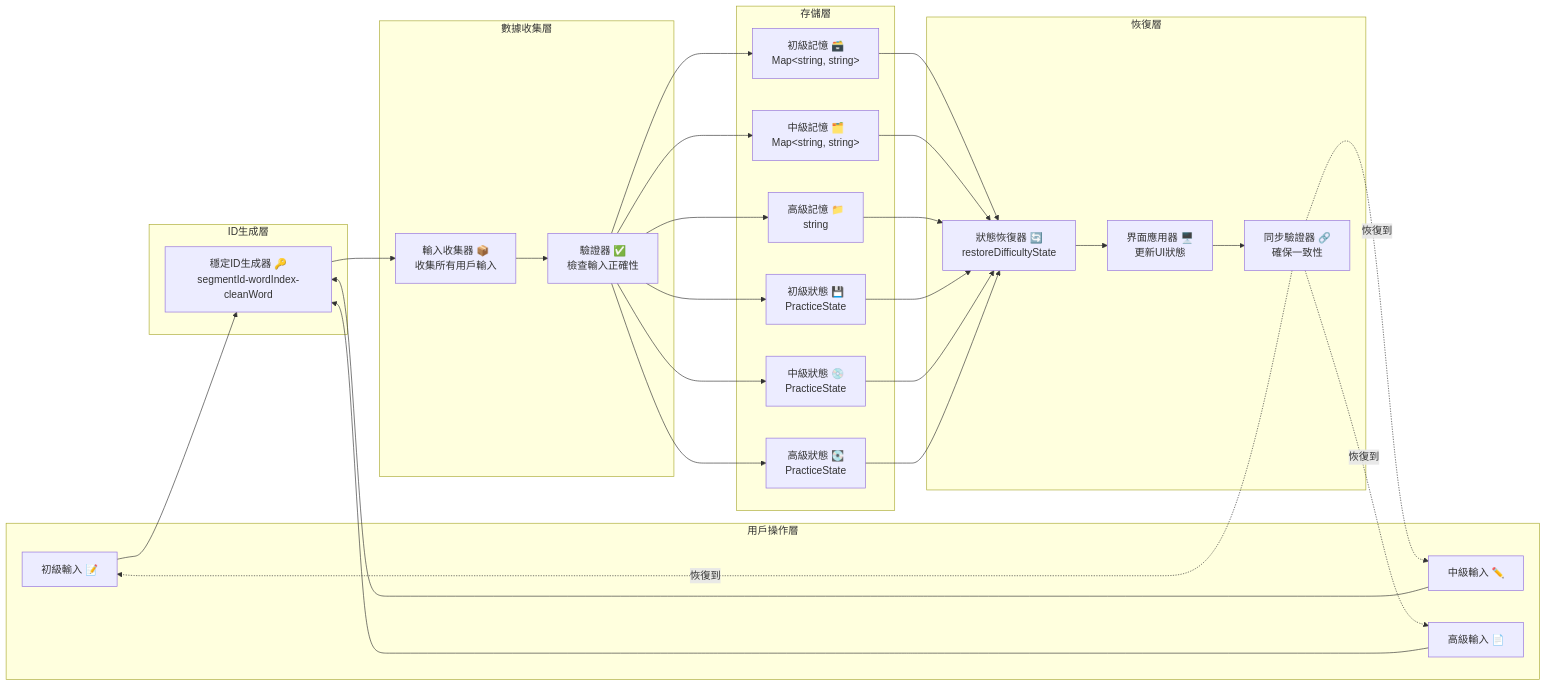
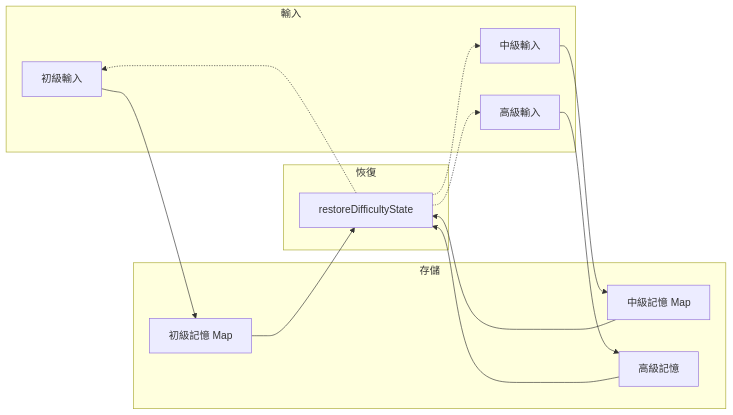
One commit to crazycjh/language-learning-transcribe changed the third of 3 diagrams in docs/DICTATION_COMPONENTS_DIAGRAM.md. Above: the diagram before and after it, drawn with Mermaid. The commit also changed other lines of this file and 7 other files, not shown here.

````diff
--- a/docs/DICTATION_COMPONENTS_DIAGRAM.md
+++ b/docs/DICTATION_COMPONENTS_DIAGRAM.md
@@ -271,60 +115,30 @@
 ```mermaid
 graph LR
-    subgraph "用戶操作層"
-        I1[初級輸入 📝]
-        I2[中級輸入 ✏️]
-        I3[高級輸入 📄]
+    subgraph "輸入"
+        I1[初級輸入]
+        I2[中級輸入]
+        I3[高級輸入]
     end
     
-    subgraph "ID生成層"
-        GEN[穩定ID生成器 🔑<br/>segmentId-wordIndex-cleanWord]
+    subgraph "存儲"
+        M1[初級記憶 Map]
+        M2[中級記憶 Map]
+        M3[高級記憶]
     end
     
-    subgraph "數據收集層"
-        COL[輸入收集器 📦<br/>收集所有用戶輸入]
-        VAL[驗證器 ✅<br/>檢查輸入正確性]
+    subgraph "恢復"
+        REST[restoreDifficultyState]
     end
     
-    subgraph "存儲層"
-        M1["初級記憶 🗃️<br/>Map&lt;string, string&gt;"]
-        M2["中級記憶 🗂️<br/>Map&lt;string, string&gt;"]
-        M3[高級記憶 📁<br/>string]
-        S1[初級狀態 💾<br/>PracticeState]
-        S2[中級狀態 💿<br/>PracticeState]
-        S3[高級狀態 💽<br/>PracticeState]
-    end
-    
-    subgraph "恢復層"
-        REST[狀態恢復器 🔄<br/>restoreDifficultyState]
-        APPLY[界面應用器 🖥️<br/>更新UI狀態]
-        SYNC[同步驗證器 🔗<br/>確保一致性]
-    end
-    
-    I1 --> GEN
-    I2 --> GEN
-    I3 --> GEN
-    
-    GEN --> COL
-    COL --> VAL
-    
-    VAL --> M1
-    VAL --> M2
-    VAL --> M3
-    VAL --> S1
-    VAL --> S2
-    VAL --> S3
+    I1 --> M1
+    I2 --> M2
+    I3 --> M3
     
     M1 --> REST
     M2 --> REST
     M3 --> REST
-    S1 --> REST
-    S2 --> REST
-    S3 --> REST
     
-    REST --> APPLY
-    APPLY --> SYNC
-    
-    SYNC -.->|恢復到| I1
-    SYNC -.->|恢復到| I2
-    SYNC -.->|恢復到| I3
+    REST -.-> I1
+    REST -.-> I2
+    REST -.-> I3
 ```
````
